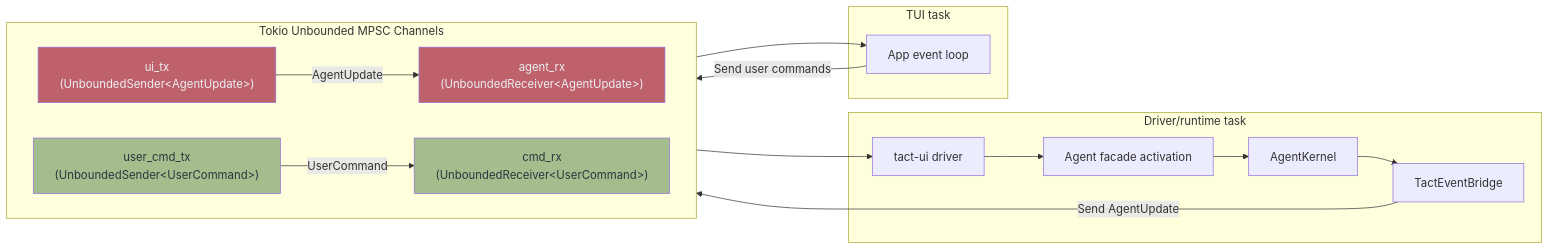
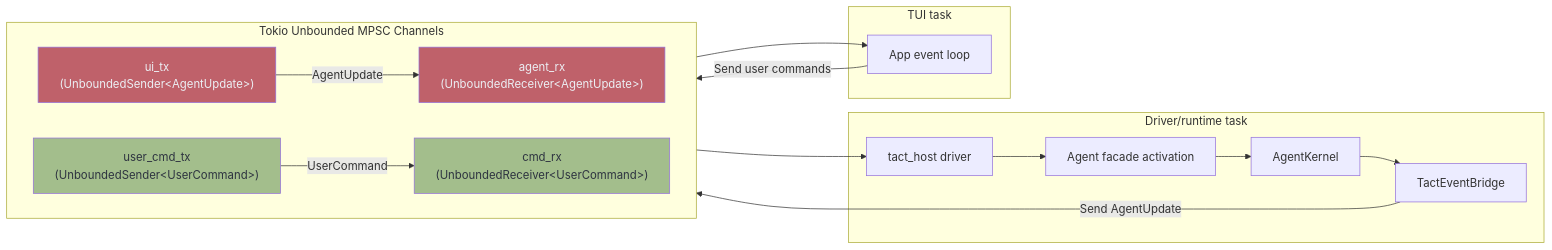
One commit to rust-infra/tact changed the ninth of 10 diagrams in ARCHITECTURE.md. Above: the diagram before and after it, drawn with Mermaid. The commit also changed other lines of this file and 50 other files, not shown here.

First line of the commit message:
feat(host): extract UI-independent services into tact_host

````diff
--- a/ARCHITECTURE.md
+++ b/ARCHITECTURE.md
@@ -657,37 +668,37 @@
 ```mermaid
 flowchart LR
     subgraph Channels["Tokio Unbounded MPSC Channels"]
         direction LR
         TX1["ui_tx<br/>(UnboundedSender&lt;AgentUpdate&gt;)"]
         RX1["agent_rx<br/>(UnboundedReceiver&lt;AgentUpdate&gt;)"]
         TX2["user_cmd_tx<br/>(UnboundedSender&lt;UserCommand&gt;)"]
         RX2["cmd_rx<br/>(UnboundedReceiver&lt;UserCommand&gt;)"]
     end
 
     subgraph RuntimeTask["Driver/runtime task"]
-        D["tact-ui driver"]
+        D["tact_host driver"]
         A["Agent facade activation"]
         K["AgentKernel"]
         B["TactEventBridge"]
         D --> A
         A --> K
         K --> B
     end
 
     subgraph MainThread["TUI task"]
         TUI["App event loop"]
     end
 
     B -- "Send AgentUpdate" --> TX1
     TX1 -- "AgentUpdate" --> RX1
     RX1 --> TUI
 
     TUI -- "Send user commands" --> TX2
     TX2 -- "UserCommand" --> RX2
     RX2 --> D
 
     style TX1 fill:#bf616a,color:#eceff4
     style RX1 fill:#bf616a,color:#eceff4
     style TX2 fill:#a3be8c,color:#2e3440
     style RX2 fill:#a3be8c,color:#2e3440
 ```
````
